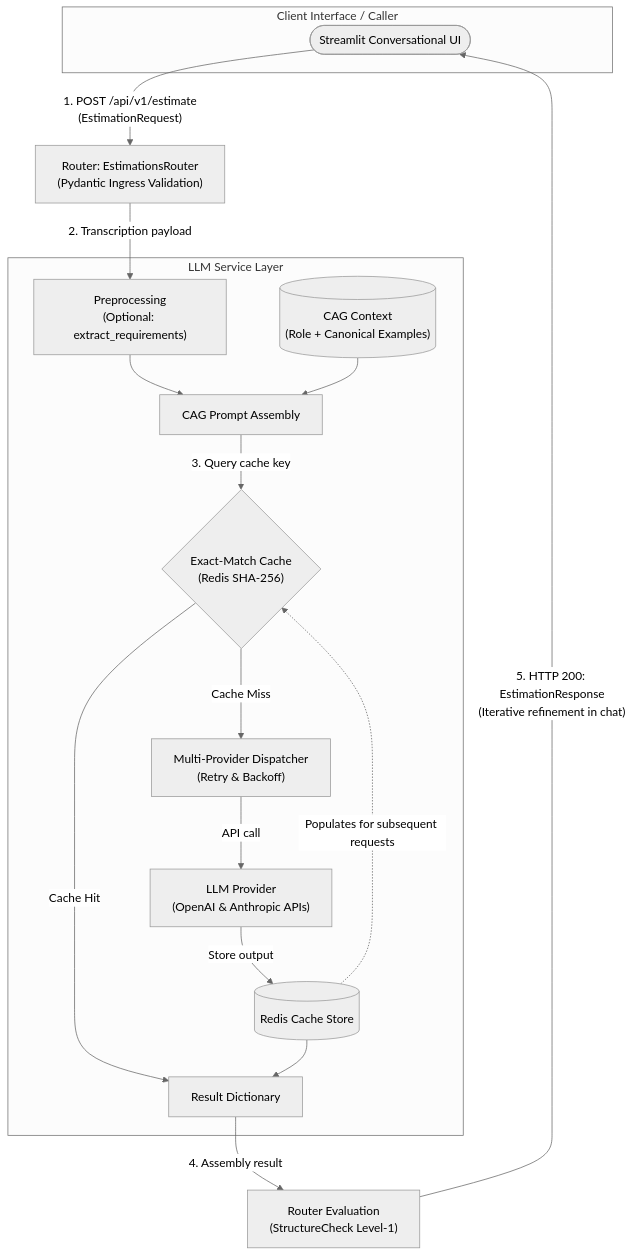
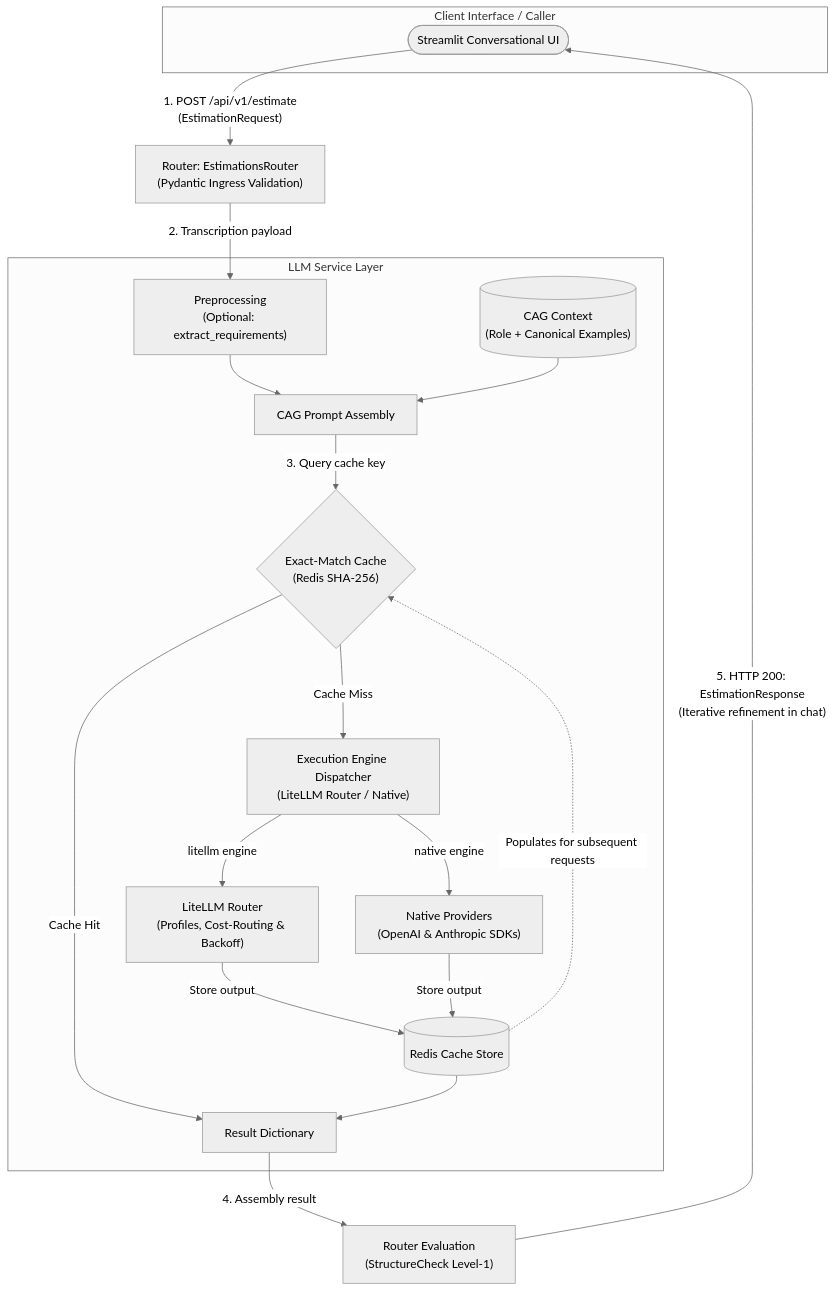
Before and after one commit to NestorDR/aie-estimator: the diagram in README.md, drawn with Mermaid (neutral theme). The commit also changed other lines of this file and 28 other files, not shown here.

Commit message:
Refactor LLM service for modular architecture: Add LiteLLM router, add multi-engine support, asynchronous support, and integrate external configuration via profiles.

````diff
--- a/README.md
+++ b/README.md
@@ -28,29 +28,31 @@
 ```mermaid
 flowchart TD
     subgraph ClientLayer ["Client Interface / Caller"]
         Client(["Streamlit Conversational UI"])
     end
 
     Client -->|"1. POST /api/v1/estimate\n(EstimationRequest)"| Router["Router: EstimationsRouter\n(Pydantic Ingress Validation)"]
     Router -->|"2. Transcription payload"| Preprocessing
 
     subgraph ServiceLayer ["LLM Service Layer"]
         Preprocessing["Preprocessing\n(Optional: extract_requirements)"]
         Preprocessing --> PromptBuilder["CAG Prompt Assembly"]
 
         Context[("CAG Context\n(Role + Canonical Examples)")] --> PromptBuilder
 
         PromptBuilder -->|"3. Query cache key"| CacheCheck{"Exact-Match Cache\n(Redis SHA-256)"}
 
         CacheCheck -->|"Cache Hit"| ServiceOutput["Result Dictionary"]
-        CacheCheck -->|"Cache Miss"| Dispatcher["Multi-Provider Dispatcher\n(Retry & Backoff)"]
+        CacheCheck -->|"Cache Miss"| Dispatcher["Execution Engine Dispatcher\n(LiteLLM Router / Native)"]
 
-        Dispatcher -->|"API call"| LLMProvider["LLM Provider\n(OpenAI & Anthropic APIs)"]
-        LLMProvider -->|"Store output"| CacheStore[("Redis Cache Store")]
+        Dispatcher -->|"litellm engine"| LiteLLMRouting["LiteLLM Router\n(Profiles, Cost-Routing & Backoff)"]
+        Dispatcher -->|"native engine"| NativeProviders["Native Providers\n(OpenAI & Anthropic SDKs)"]
+        LiteLLMRouting -->|"Store output"| CacheStore[("Redis Cache Store")]
+        NativeProviders -->|"Store output"| CacheStore
         CacheStore -.->|"Populates for subsequent requests"| CacheCheck
         CacheStore --> ServiceOutput
     end
 
     ServiceOutput -->|"4. Assembly result"| Evaluator["Router Evaluation\n(StructureCheck Level-1)"]
     Evaluator -->|"5. HTTP 200: EstimationResponse\n(Iterative refinement in chat)"| Client
 ```
````
